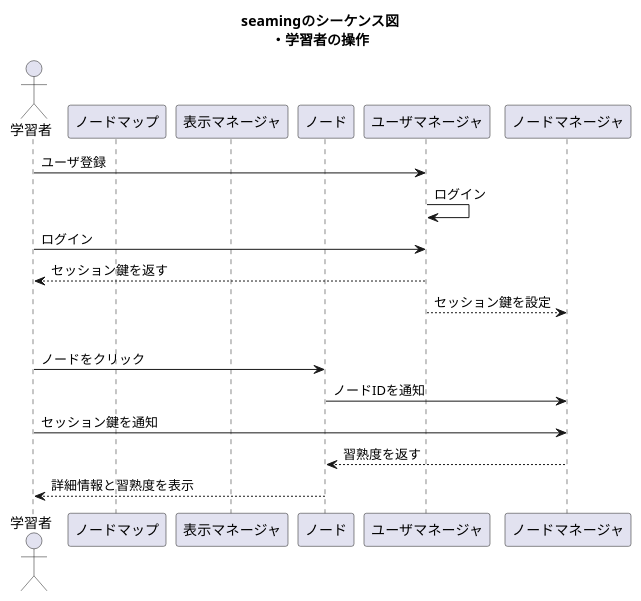
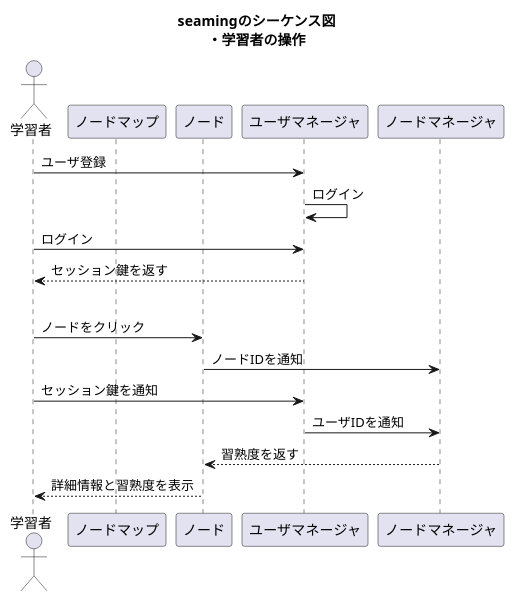
Before and after one commit to PastaSoba/seaming: the diagram in docs/UML/sequence_student.pu, drawn with PlantUML. The commit also changed 2 other files, not shown here.

```diff
--- a/docs/UML/sequence_student.pu
+++ b/docs/UML/sequence_student.pu
@@ -1,26 +1,25 @@
 @startuml
 
 title seamingのシーケンス図\n・学習者の操作
 
 
 actor 学習者 
 
 participant 学習者 order 10
 participant ノードマップ order 20
-participant 表示マネージャ order 30
 participant ノード order 40
 participant ユーザマネージャ order 50
 participant ノードマネージャ order 60
 
 学習者 -> ユーザマネージャ : ユーザ登録
 ユーザマネージャ -> ユーザマネージャ : ログイン
 学習者 -> ユーザマネージャ : ログイン
 学習者 <-- ユーザマネージャ : セッション鍵を返す
-ユーザマネージャ --> ノードマネージャ : セッション鍵を設定
 |||
 学習者 -> ノード : ノードをクリック
 ノード -> ノードマネージャ : ノードIDを通知
-学習者 -> ノードマネージャ : セッション鍵を通知
+学習者 -> ユーザマネージャ : セッション鍵を通知
+ユーザマネージャ -> ノードマネージャ : ユーザIDを通知
 ノード <-- ノードマネージャ : 習熟度を返す
 学習者 <-- ノード : 詳細情報と習熟度を表示
 @enduml
```
